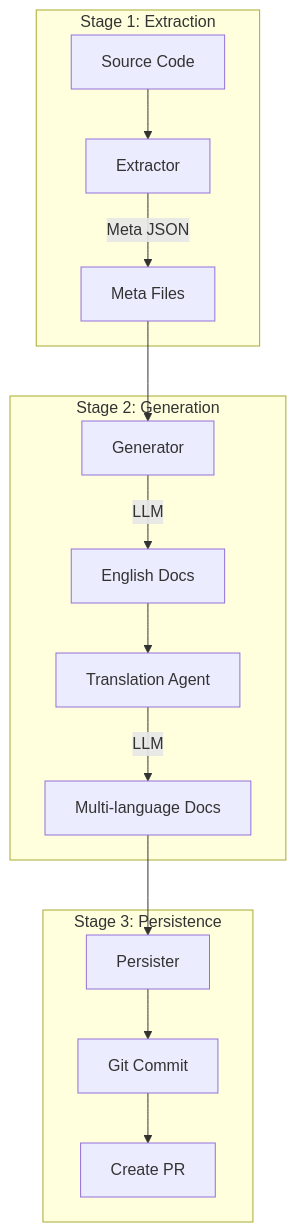
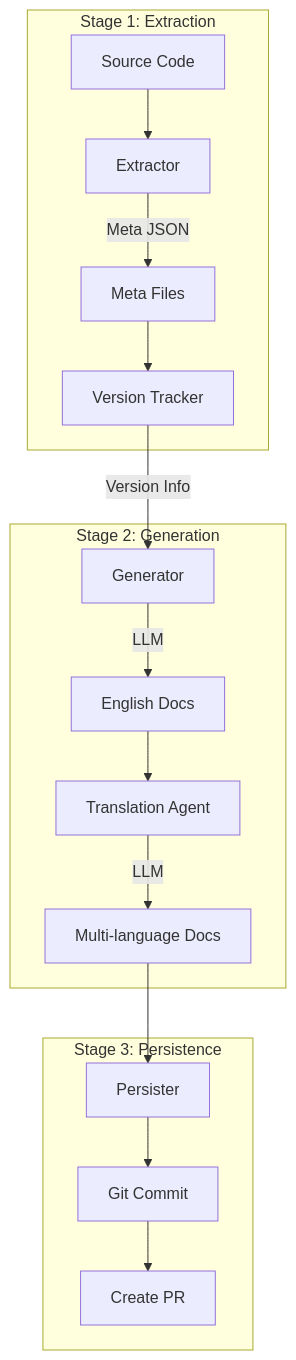
The diagram in README.md (StarRocks/DocsAgent), drawn with Mermaid before and after one commit. The commit also changed other lines of this file and 2 other files, not shown here.

````diff
--- a/README.md
+++ b/README.md
@@ -39,31 +40,33 @@
 ```mermaid
 graph TB
     A[Source Code] --> B[Extractor]
     B --> |Meta JSON| C[Meta Files]
-    C --> D[Generator]
-    D --> |LLM| E[English Docs]
-    E --> F[Translation Agent]
-    F --> |LLM| G[Multi-language Docs]
-    G --> H[Persister]
-    H --> I[Git Commit]
-    I --> J[Create PR]
+    C --> D[Version Tracker]
+    D --> |Version Info| E[Generator]
+    E --> |LLM| F[English Docs]
+    F --> G[Translation Agent]
+    G --> |LLM| H[Multi-language Docs]
+    H --> I[Persister]
+    I --> J[Git Commit]
+    J --> K[Create PR]
     
     subgraph "Stage 1: Extraction"
         A
         B
         C
+        D
     end
     
     subgraph "Stage 2: Generation"
-        D
         E
         F
         G
+        H
     end
     
     subgraph "Stage 3: Persistence"
-        H
         I
         J
+        K
     end
 ```
````
